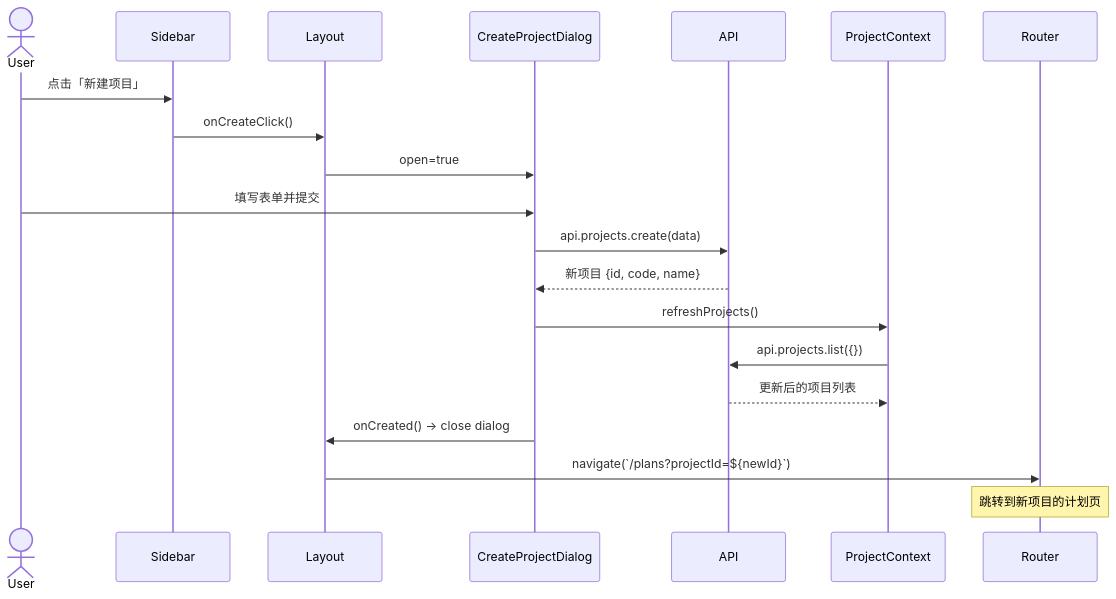
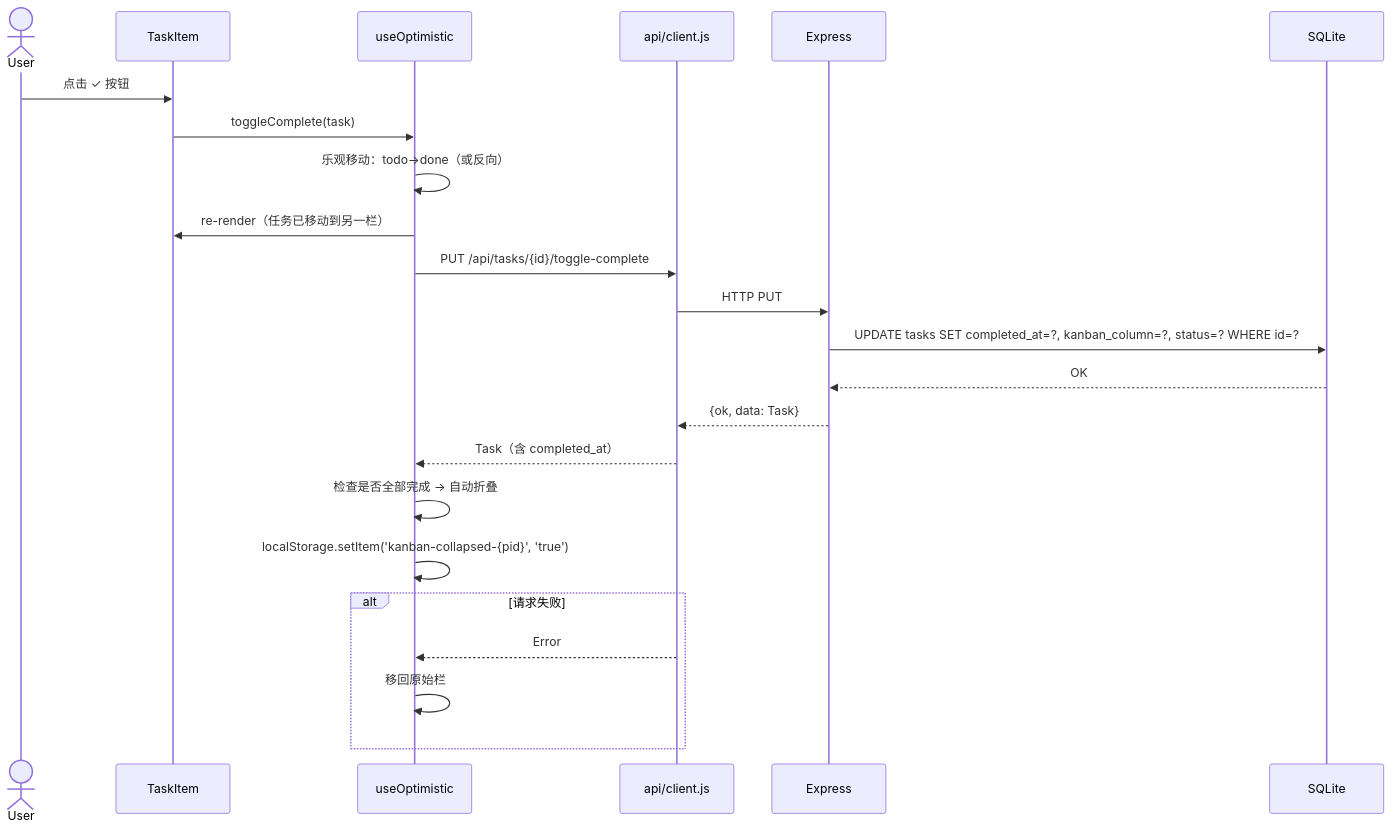
The seventh of 8 diagrams in docs/system_design.md (SugonChenxu/hpm), drawn with Mermaid before and after one commit. The commit also changed other lines of this file and 24 other files, not shown here.

First line of the commit message:
feat: kanban module full implementation (dual-column + subtasks + drag-drop)

````diff
--- a/docs/system_design.md
+++ b/docs/system_design.md
@@ -229,23 +433,30 @@
 ```mermaid
 sequenceDiagram
     actor User
-    participant Sidebar
-    participant Layout
-    participant CreateProjectDialog
-    participant API
-    participant ProjectContext
-    participant Router
+    participant Item as TaskItem
+    participant Hook as useOptimistic
+    participant API as api/client.js
+    participant Server as Express
+    participant DB as SQLite
 
-    User->>Sidebar: 点击「新建项目」
-    Sidebar->>Layout: onCreateClick()
-    Layout->>CreateProjectDialog: open=true
-    User->>CreateProjectDialog: 填写表单并提交
-    CreateProjectDialog->>API: api.projects.create(data)
-    API-->>CreateProjectDialog: 新项目 {id, code, name}
-    CreateProjectDialog->>ProjectContext: refreshProjects()
-    ProjectContext->>API: api.projects.list({})
-    API-->>ProjectContext: 更新后的项目列表
-    CreateProjectDialog->>Layout: onCreated() → close dialog
-    Layout->>Router: navigate(`/plans?projectId=${newId}`)
-    Note over Router: 跳转到新项目的计划页
+    User->>Item: 点击 ✓ 按钮
+    Item->>Hook: toggleComplete(task)
+
+    Hook->>Hook: 乐观移动：todo→done（或反向）
+    Hook->>Item: re-render（任务已移动到另一栏）
+
+    Hook->>API: PUT /api/tasks/{id}/toggle-complete
+    API->>Server: HTTP PUT
+    Server->>DB: UPDATE tasks SET completed_at=?, kanban_column=?, status=? WHERE id=?
+    DB-->>Server: OK
+    Server-->>API: {ok, data: Task}
+    API-->>Hook: Task（含 completed_at）
+
+    Hook->>Hook: 检查是否全部完成 → 自动折叠
+    Hook->>Hook: localStorage.setItem('kanban-collapsed-{pid}', 'true')
+
+    alt 请求失败
+        API-->>Hook: Error
+        Hook->>Hook: 移回原始栏
+    end
 ```
````
